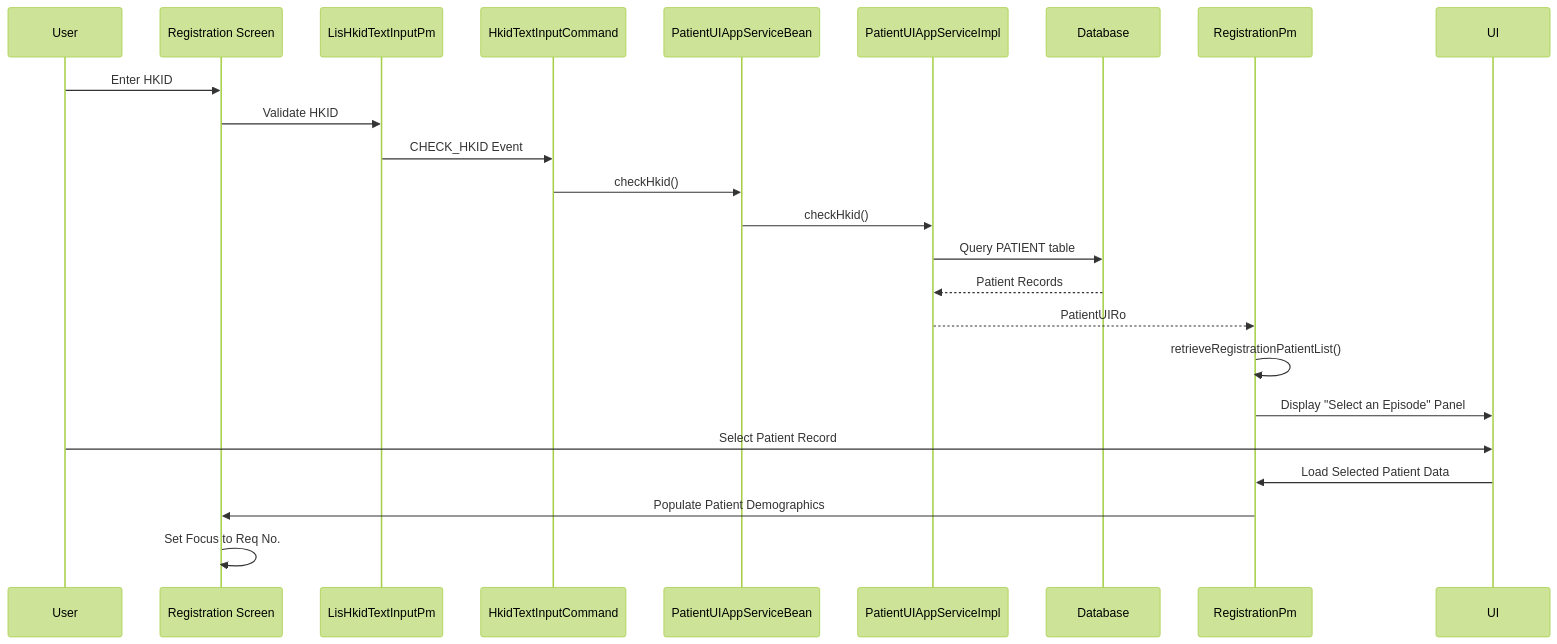
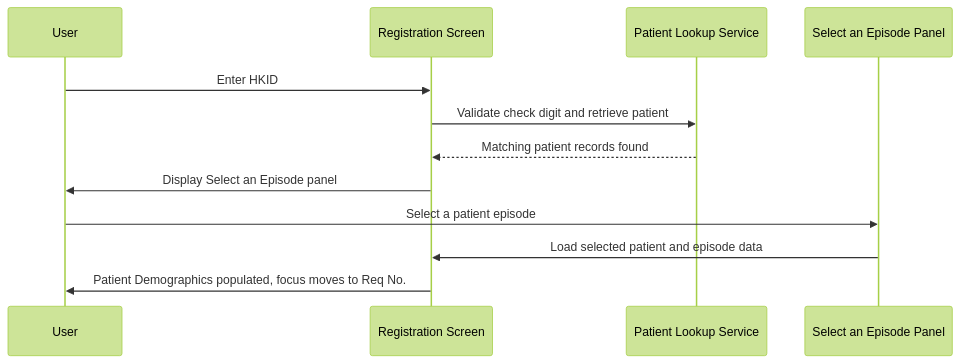
The first of 4 diagrams in Knowledge Base/01_Screens/Registration/Workflows/Retrieve Patient by HKID.md (DragonChong/HA-Notes), drawn with Mermaid (forest theme) before and after one commit. The commit also changed other lines of this file, not shown here.

````diff
--- a/Knowledge Base/01_Screens/Registration/Workflows/Retrieve Patient by HKID.md
+++ b/Knowledge Base/01_Screens/Registration/Workflows/Retrieve Patient by HKID.md
@@ -56,17 +66,10 @@
 ```mermaid
 sequenceDiagram
     User->>Registration Screen: Enter HKID
-    Registration Screen->>LisHkidTextInputPm: Validate HKID
-    LisHkidTextInputPm->>HkidTextInputCommand: CHECK_HKID Event
-    HkidTextInputCommand->>PatientUIAppServiceBean: checkHkid()
-    PatientUIAppServiceBean->>PatientUIAppServiceImpl: checkHkid()
-    PatientUIAppServiceImpl->>Database: Query PATIENT table
-    Database-->>PatientUIAppServiceImpl: Patient Records
-    PatientUIAppServiceImpl-->>RegistrationPm: PatientUIRo
-    RegistrationPm->>RegistrationPm: retrieveRegistrationPatientList()
-    RegistrationPm->>UI: Display "Select an Episode" Panel
-    User->>UI: Select Patient Record
-    UI->>RegistrationPm: Load Selected Patient Data
-    RegistrationPm->>Registration Screen: Populate Patient Demographics
-    Registration Screen->>Registration Screen: Set Focus to Req No.
+    Registration Screen->>Patient Lookup Service: Validate check digit and retrieve patient
+    Patient Lookup Service-->>Registration Screen: Matching patient records found
+    Registration Screen->>User: Display Select an Episode panel
+    User->>Select an Episode Panel: Select a patient episode
+    Select an Episode Panel->>Registration Screen: Load selected patient and episode data
+    Registration Screen->>User: Patient Demographics populated, focus moves to Req No.
 ```
````
